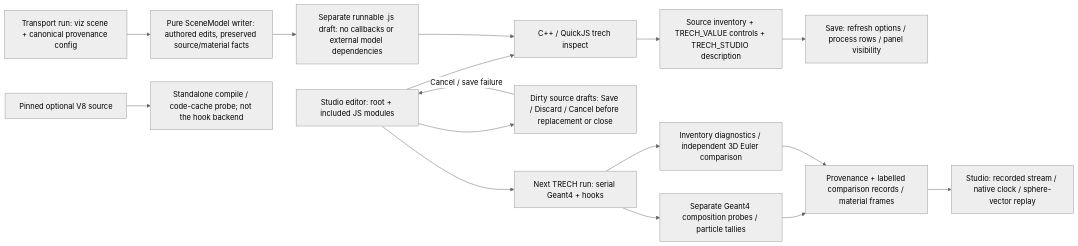
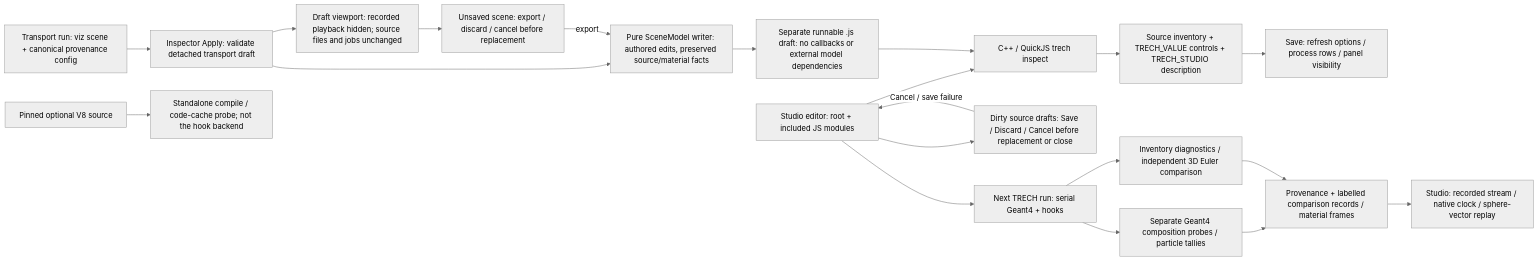
Before and after one commit to Geckos-Ink/trech: the sixth of 40 diagrams in CHARTS.md, drawn with Mermaid (neutral theme). The commit also changed other lines of this file and 35 other files, not shown here.

````diff
--- a/CHARTS.md
+++ b/CHARTS.md
@@ -98,18 +98,22 @@
 ```mermaid
 flowchart LR
   E["Studio editor: root + included JS modules"] --> I["C++ / QuickJS trech inspect"]
   E --> Guard["Dirty source drafts: Save / Discard / Cancel before replacement or close"]
   Guard -->|"Cancel / save failure"| E
   I --> S["Source inventory + TRECH_VALUE controls + TRECH_STUDIO description"]
   S --> U["Save: refresh options / process rows / panel visibility"]
   E --> R["Next TRECH run: serial Geant4 + hooks"]
   R --> G["Separate Geant4 composition probes / particle tallies"]
   R --> C["Inventory diagnostics / independent 3D Euler comparison"]
   G --> O["Provenance + labelled comparison records / material frames"]
   C --> O
   O --> V["Studio: recorded stream / native clock / sphere-vector replay"]
-  T["Transport run: viz scene + canonical provenance config"] --> W["Pure SceneModel writer: authored edits, preserved source/material facts"]
+  T["Transport run: viz scene + canonical provenance config"] --> A["Inspector Apply: validate detached transport draft"]
+  A --> Draft["Draft viewport: recorded playback hidden; source files and jobs unchanged"]
+  A --> W["Pure SceneModel writer: authored edits, preserved source/material facts"]
+  Draft --> SG["Unsaved scene: export / discard / cancel before replacement"]
+  SG -->|"export"| W
   W --> J["Separate runnable .js draft: no callbacks or external model dependencies"]
   J --> I
   D["Pinned optional V8 source"] --> P["Standalone compile / code-cache probe; not the hook backend"]
 ```
````
